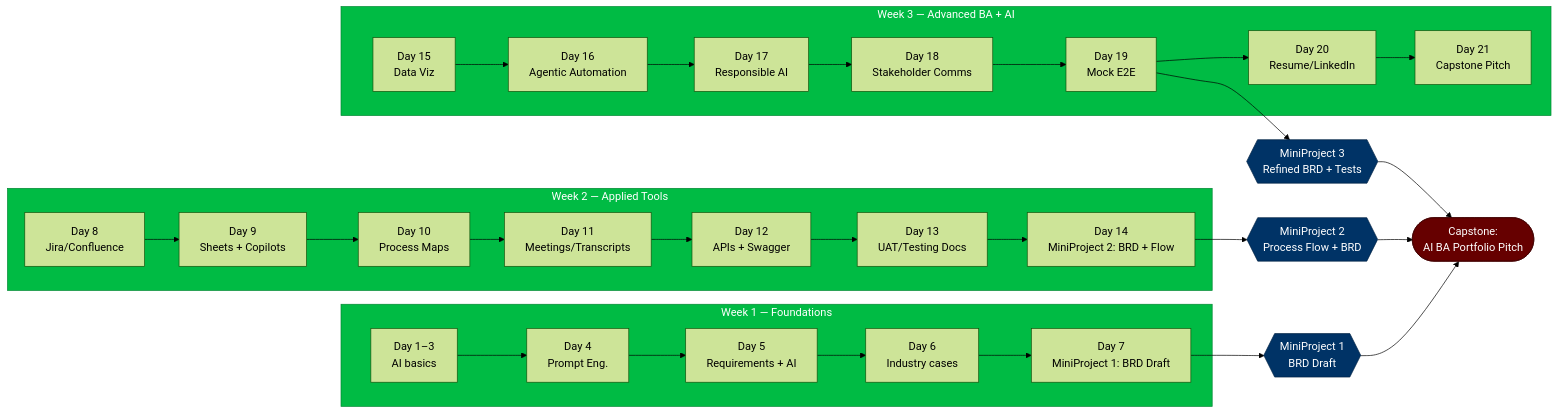
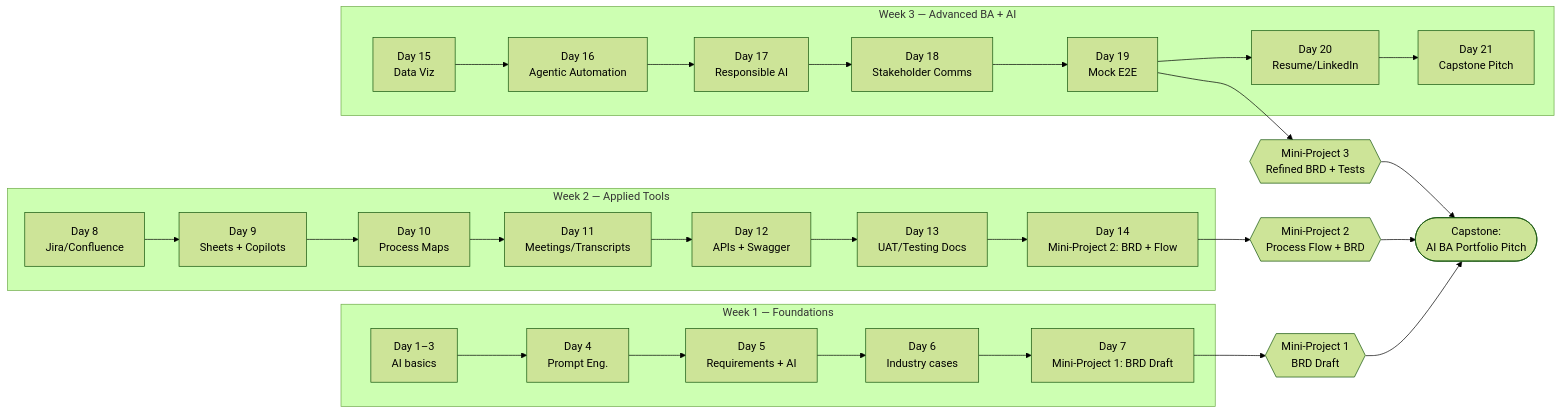
The first of 3 diagrams in README.md (emcdo411/ai-ba-21day-accelerator), drawn with Mermaid (forest theme) before and after one commit. The commit also changed other lines of this file, not shown here.

````diff
--- a/README.md
+++ b/README.md
@@ -153,46 +141,39 @@
 ```mermaid
 flowchart LR
-  classDef wk fill:#0b4,stroke:#083,stroke-width:1,color:#fff;
-  classDef proj fill:#036,stroke:#024,stroke-width:1,color:#fff;
-  classDef cap fill:#600,stroke:#400,stroke-width:1,color:#fff;
-
   subgraph W1[Week 1 — Foundations]
-    D1[Day 1–3\nAI basics] --> D4[Day 4\nPrompt Eng.]
-    D4 --> D5[Day 5\nRequirements + AI]
-    D5 --> D6[Day 6\nIndustry cases]
-    D6 --> D7[Day 7\nMiniProject 1: BRD Draft]
+    D1["Day 1–3<br/>AI basics"] --> D4["Day 4<br/>Prompt Eng."]
+    D4 --> D5["Day 5<br/>Requirements + AI"]
+    D5 --> D6["Day 6<br/>Industry cases"]
+    D6 --> D7["Day 7<br/>Mini-Project 1: BRD Draft"]
   end
-  class W1 wk
 
   subgraph W2[Week 2 — Applied Tools]
-    D8[Day 8\nJira/Confluence] --> D9[Day 9\nSheets + Copilots]
-    D9 --> D10[Day 10\nProcess Maps]
-    D10 --> D11[Day 11\nMeetings/Transcripts]
-    D11 --> D12[Day 12\nAPIs + Swagger]
-    D12 --> D13[Day 13\nUAT/Testing Docs]
-    D13 --> D14[Day 14\nMiniProject 2: BRD + Flow]
+    D8["Day 8<br/>Jira/Confluence"] --> D9["Day 9<br/>Sheets + Copilots"]
+    D9 --> D10["Day 10<br/>Process Maps"]
+    D10 --> D11["Day 11<br/>Meetings/Transcripts"]
+    D11 --> D12["Day 12<br/>APIs + Swagger"]
+    D12 --> D13["Day 13<br/>UAT/Testing Docs"]
+    D13 --> D14["Day 14<br/>Mini-Project 2: BRD + Flow"]
   end
-  class W2 wk
 
   subgraph W3[Week 3 — Advanced BA + AI]
-    D15[Day 15\nData Viz] --> D16[Day 16\nAgentic Automation]
-    D16 --> D17[Day 17\nResponsible AI]
-    D17 --> D18[Day 18\nStakeholder Comms]
-    D18 --> D19[Day 19\nMock E2E]
-    D19 --> D20[Day 20\nResume/LinkedIn]
-    D20 --> D21[Day 21\nCapstone Pitch]
+    D15["Day 15<br/>Data Viz"] --> D16["Day 16<br/>Agentic Automation"]
+    D16 --> D17["Day 17<br/>Responsible AI"]
+    D17 --> D18["Day 18<br/>Stakeholder Comms"]
+    D18 --> D19["Day 19<br/>Mock E2E"]
+    D19 --> D20["Day 20<br/>Resume/LinkedIn"]
+    D20 --> D21["Day 21<br/>Capstone Pitch"]
   end
-  class W3 wk
 
-  MP1{{MiniProject 1\nBRD Draft}}:::proj
-  MP2{{MiniProject 2\nProcess Flow + BRD}}:::proj
-  MP3{{MiniProject 3\nRefined BRD + Tests}}:::proj
-  CAP([Capstone:\nAI BA Portfolio Pitch]):::cap
+  MP1{{"Mini-Project 1<br/>BRD Draft"}}
+  MP2{{"Mini-Project 2<br/>Process Flow + BRD"}}
+  MP3{{"Mini-Project 3<br/>Refined BRD + Tests"}}
+  CAP(["Capstone:<br/>AI BA Portfolio Pitch"])
 
   D7 --> MP1
   D14 --> MP2
   D19 --> MP3
   MP1 --> CAP
   MP2 --> CAP
   MP3 --> CAP
 ```
````
